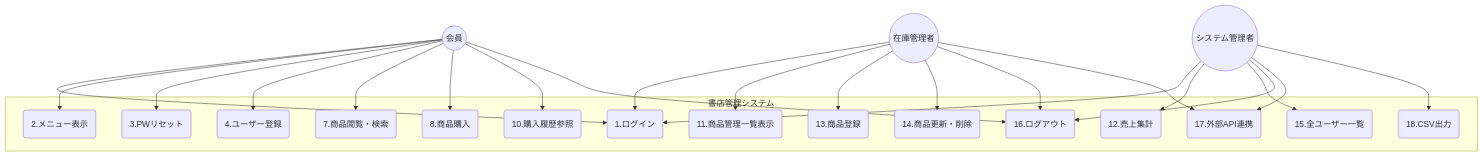
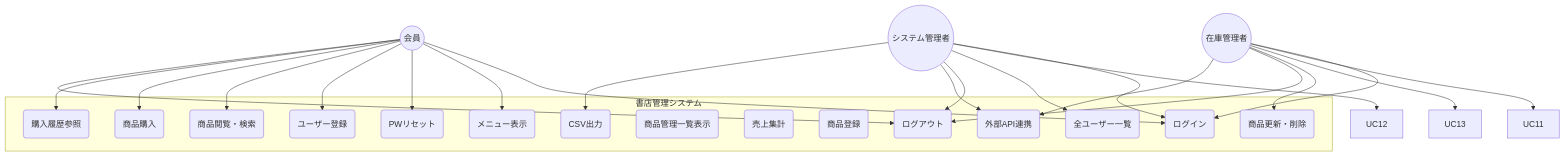
Before and after one commit to namae-mizutani/yuki-mizutani-educure-app: the diagram in 8-3_要件定義/use_case.md, drawn with Mermaid. The commit also changed 2 other files, not shown here.

Commit message:
8-3課題修正

````diff
--- a/8-3_要件定義/use_case.md
+++ b/8-3_要件定義/use_case.md
@@ -1,47 +1,47 @@
 ```mermaid
 graph TD
     User((会員))
     Staff((在庫管理者))
     Master((システム管理者))
 
     subgraph System [書店管理システム]
-        U1(1.ログイン)
-        U2(2.メニュー表示)
-        U3(3.PWリセット)
-        U4(4.ユーザー登録)
-        U7(7.商品閲覧・検索)
-        U8(8.商品購入)
-        U10(10.購入履歴参照)
-        U11(11.商品管理一覧表示)
-        U12(12.売上集計)
-        U13(13.商品登録)
-        U14(14.商品更新・削除)
-        U15(15.全ユーザー一覧)
-        U16(16.ログアウト)
-        U17(17.外部API連携)
-        U18(18.CSV出力)
+        UC1(ログイン)
+        UC2(メニュー表示)
+        UC3(PWリセット)
+        UC4(ユーザー登録)
+        UC7(商品閲覧・検索)
+        UC8(商品購入)
+        UC10(購入履歴参照)
+        U11(商品管理一覧表示)
+        U12(売上集計)
+        U13(商品登録)
+        UC14(商品更新・削除)
+        UC15(全ユーザー一覧)
+        UC16(ログアウト)
+        UC17(外部API連携)
+        UC18(CSV出力)
     end
 
-    User --> U1
-    User --> U2
-    User --> U3
-    User --> U4
-    User --> U7
-    User --> U8
-    User --> U10
-    User --> U16
+    User --> UC1
+    User --> UC2
+    User --> UC3
+    User --> UC4
+    User --> UC7
+    User --> UC8
+    User --> UC10
+    User --> UC16
 
-    Staff --> U1
-    Staff --> U11
-    Staff --> U13
-    Staff --> U14
-    Staff --> U16
-    Staff --> U17
+    Staff --> UC1
+    Staff --> UC11
+    Staff --> UC13
+    Staff --> UC14
+    Staff --> UC16
+    Staff --> UC17
 
-    Master --> U1
-    Master --> U12
-    Master --> U15
-    Master --> U16
-    Master --> U17
-    Master --> U18
+    Master --> UC1
+    Master --> UC12
+    Master --> UC15
+    Master --> UC16
+    Master --> UC17
+    Master --> UC18
 ```
````
